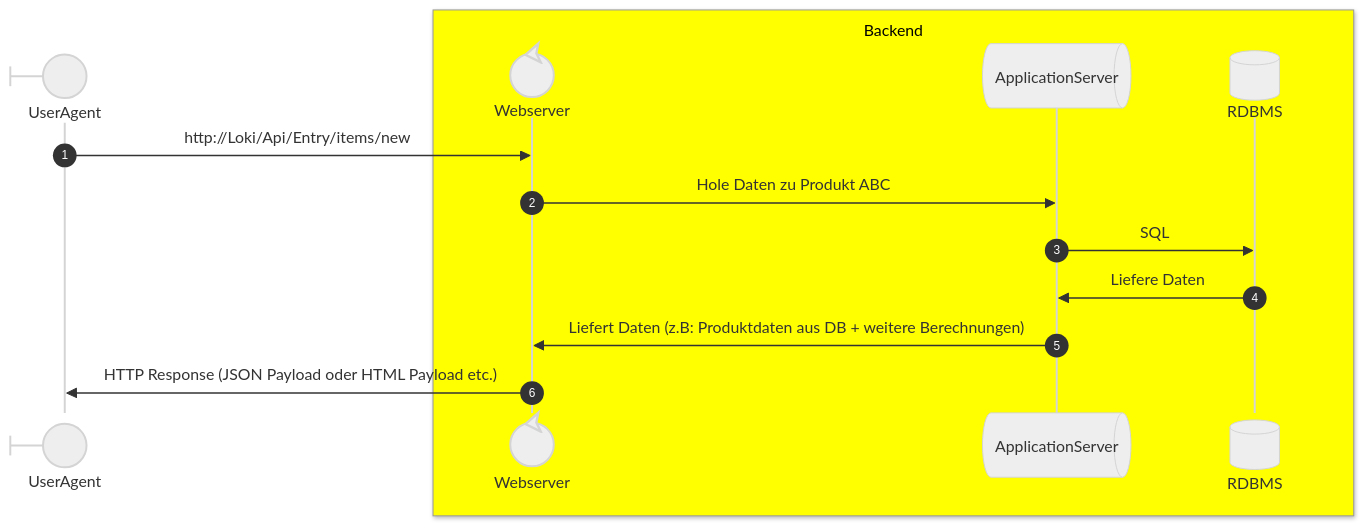
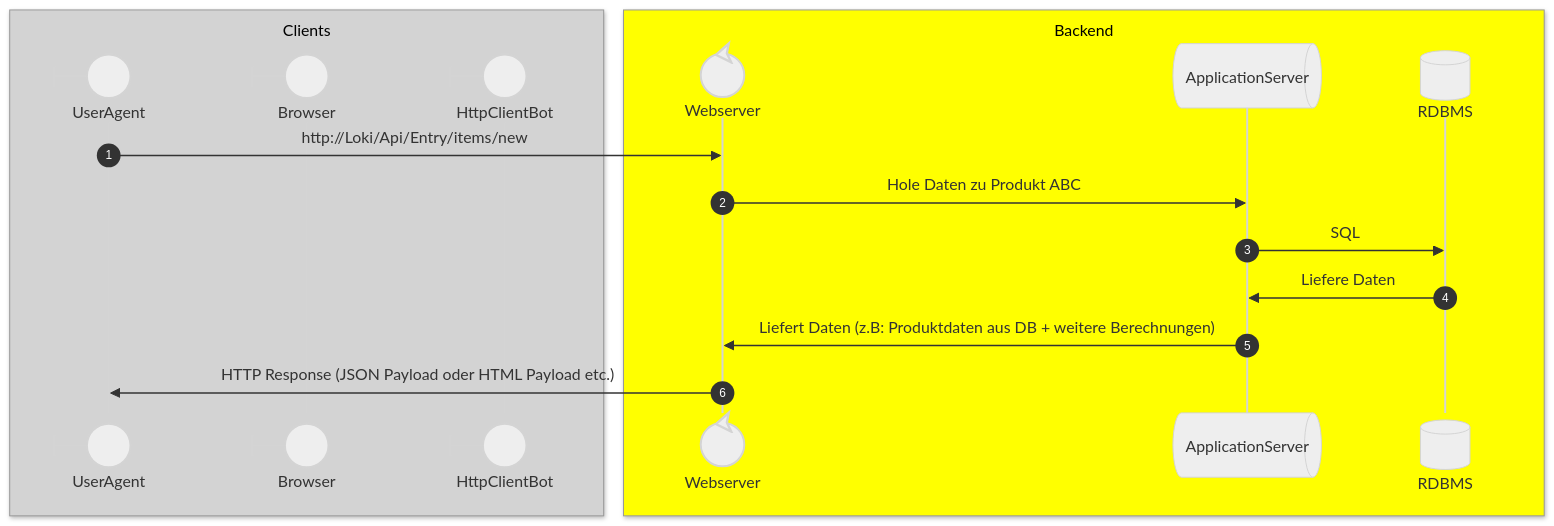
One commit to nevsglueckauf/WhatsTheStory changed the diagram in net/Multi_Tier.md. Above: the diagram before and after it, drawn with Mermaid.

Commit message:
Adding Box

````diff
--- a/net/Multi_Tier.md
+++ b/net/Multi_Tier.md
@@ -5,22 +5,26 @@
 ```mermaid
 ---
 config:
   look: handDrawn
   theme: neutral
 ---
 sequenceDiagram
 autonumber
-    participant UserAgent@{ "type" : "boundary"}
+    box lightgray Clients
+      participant UserAgent@{ "type" : "boundary"}
+      participant Browser@{ "type" : "boundary"}
+      participant HttpClientBot@{ "type" : "boundary"}
+    end
     box yellow Backend
       participant Webserver@{ "type" : "control" }
       participant ApplicationServer@{ "type" : "queue" }
       participant RDBMS@{ "type" : "database" }
     end
     UserAgent->>Webserver: http://Loki/Api/Entry/items/new 
     Webserver->>ApplicationServer: Hole Daten zu Produkt ABC
     ApplicationServer->>RDBMS:SQL
     RDBMS->>ApplicationServer:Liefere Daten
     ApplicationServer->>Webserver: Liefert Daten (z.B: Produktdaten aus DB + weitere Berechnungen)
     Webserver->>UserAgent: HTTP Response (JSON Payload oder HTML Payload etc.)
     
 ```
````
